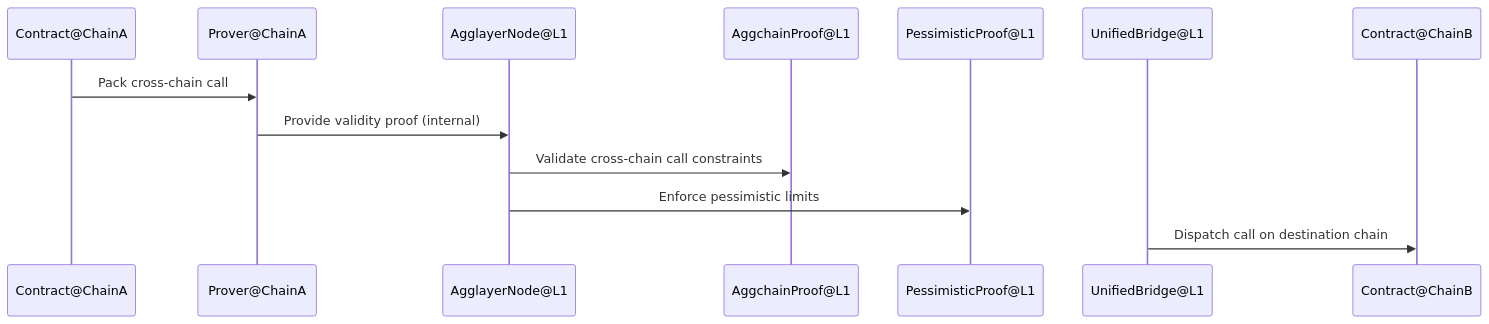
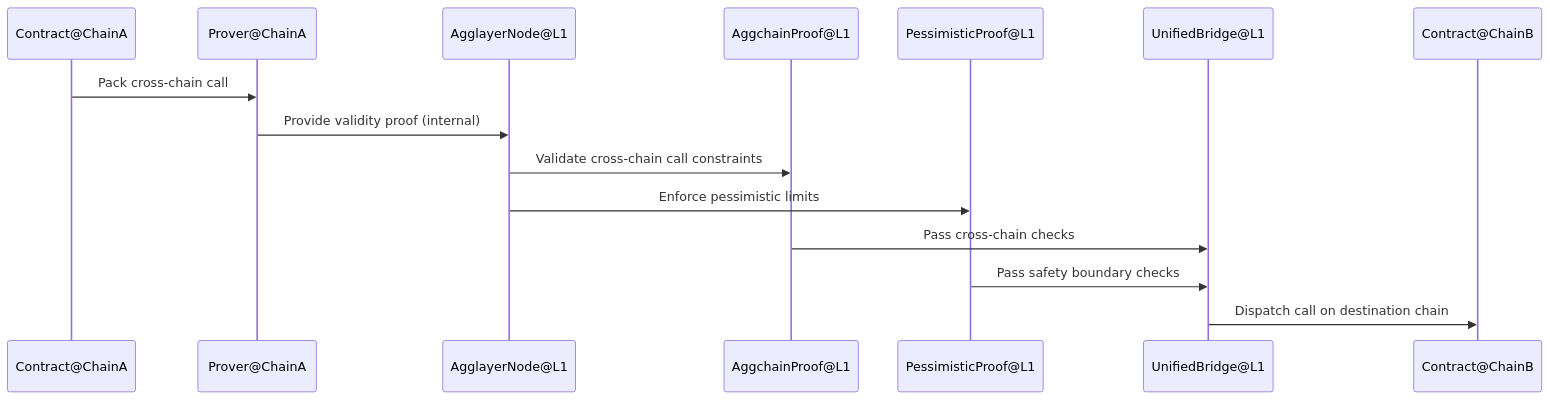
Before and after one commit to dreamer-zq/Obsidian-vault: the third of 3 diagrams in 01-Notes/blockchain/L2/polygon/Agglayer-StateTransitionProof.md, drawn with Mermaid. The commit also changed other lines of this file and 3 other files, not shown here.

First line of the commit message:
docs: 更新Agglayer相关文档内容与图表

````diff
--- a/01-Notes/blockchain/L2/polygon/Agglayer-StateTransitionProof.md
+++ b/01-Notes/blockchain/L2/polygon/Agglayer-StateTransitionProof.md
@@ -93,16 +93,19 @@
 ```mermaid
 sequenceDiagram
     participant CA as Contract@ChainA
     participant PV as Prover@ChainA
     participant AN as AgglayerNode@L1
     participant AP as AggchainProof@L1
     participant PP as PessimisticProof@L1
     participant UB as UnifiedBridge@L1
     participant CB as Contract@ChainB
 
     CA->>PV: Pack cross-chain call
     PV->>AN: Provide validity proof (internal)
     AN->>AP: Validate cross-chain call constraints
     AN->>PP: Enforce pessimistic limits
+    AP->>UB: Pass cross-chain checks
+    PP->>UB: Pass safety boundary checks
+    %% Ensure UB dispatch happens after both AP and PP pass (English comments)
     UB->>CB: Dispatch call on destination chain
 ```
````
